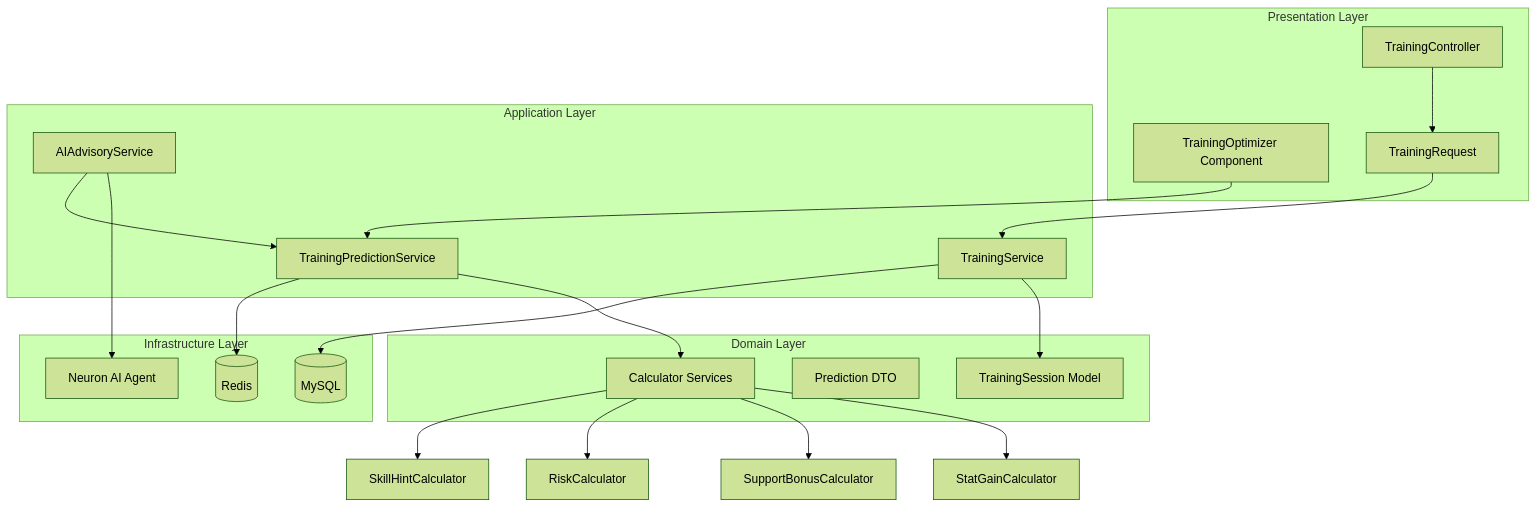
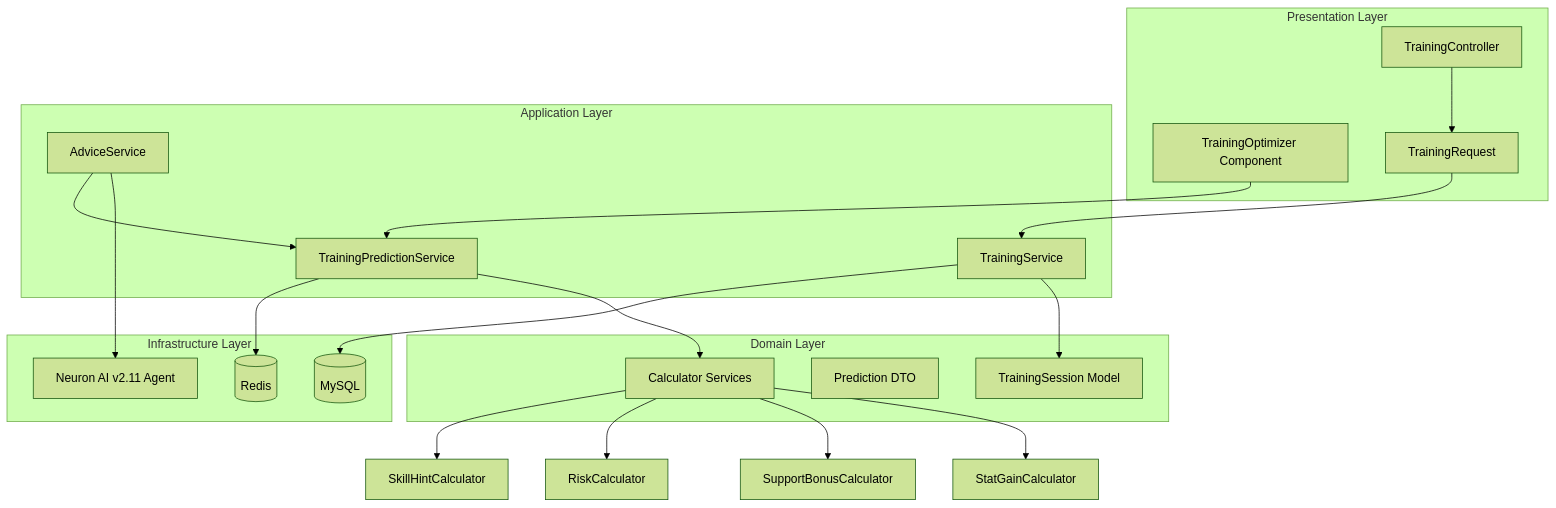
One commit to exatfrds67/umamusume-career-planner changed the diagram in docs/02-specs/SPEC-002_Training_Optimization_Technical.md. Above: the diagram before and after it, drawn with Mermaid (forest theme). The commit also changed other lines of this file and 111 other files, not shown here.

````diff
--- a/docs/02-specs/SPEC-002_Training_Optimization_Technical.md
+++ b/docs/02-specs/SPEC-002_Training_Optimization_Technical.md
@@ -132,44 +132,44 @@
 ```mermaid
 graph TB
     subgraph "Presentation Layer"
         API[TrainingController]
         Livewire[TrainingOptimizer Component]
         FormRequest[TrainingRequest]
     end
 
     subgraph "Application Layer"
         TrainingSvc[TrainingService]
         PredictionSvc[TrainingPredictionService]
-        AdvisorySvc[AIAdvisoryService]
+        AdvisorySvc[AdviceService]
     end
 
     subgraph "Domain Layer"
         Session[TrainingSession Model]
         Prediction[Prediction DTO]
         Calculators[Calculator Services]
     end
 
     subgraph "Infrastructure Layer"
         DB[(MySQL)]
         Cache[(Redis)]
-        NeuronAI[Neuron AI Agent]
+        NeuronAI[Neuron AI v2.11 Agent]
     end
 
     API --> FormRequest
     FormRequest --> TrainingSvc
     Livewire --> PredictionSvc
     
     TrainingSvc --> Session
     TrainingSvc --> DB
     
     PredictionSvc --> Calculators
     PredictionSvc --> Cache
     
     AdvisorySvc --> NeuronAI
     AdvisorySvc --> PredictionSvc
     
     Calculators --> StatGainCalc[StatGainCalculator]
     Calculators --> BonusCalc[SupportBonusCalculator]
     Calculators --> RiskCalc[RiskCalculator]
     Calculators --> HintCalc[SkillHintCalculator]
 ```
````
